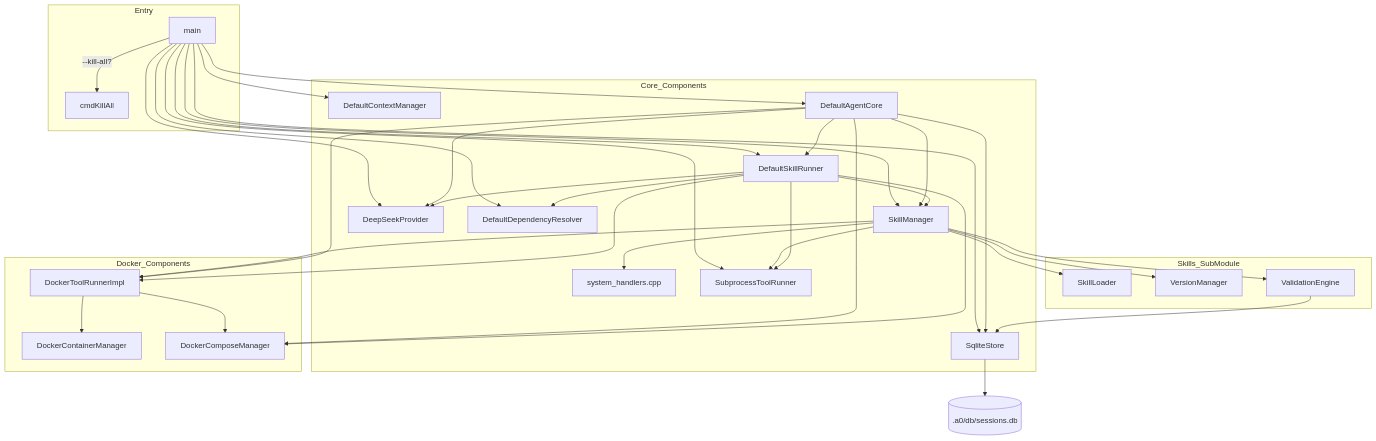
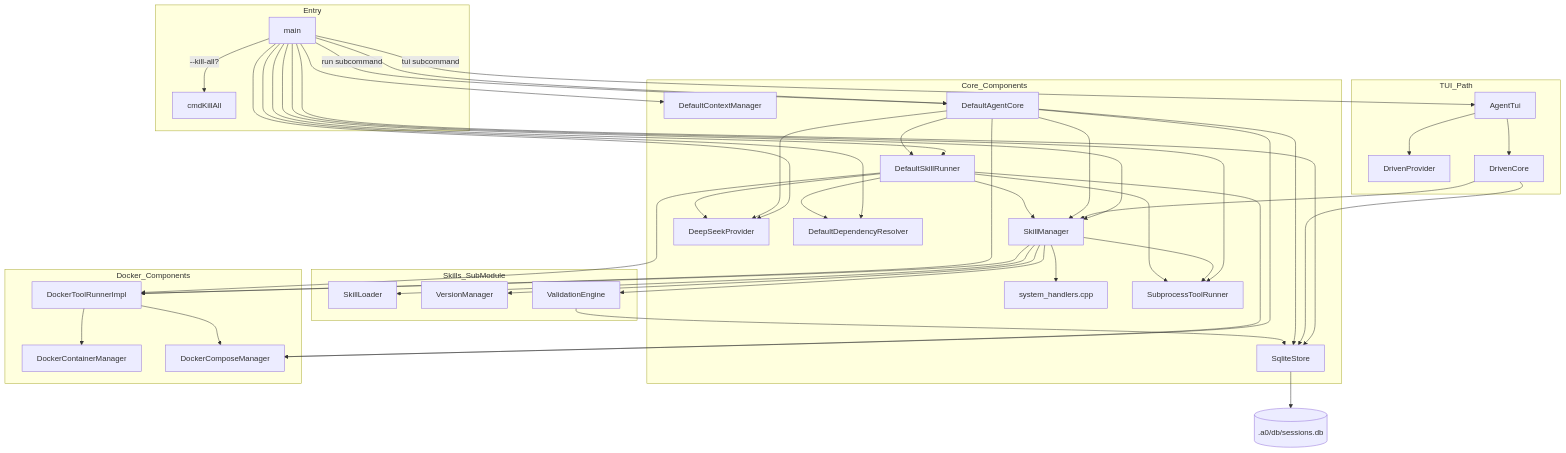
The first of 2 diagrams in src/main.spec.md (opensassi/a0), drawn with Mermaid before and after one commit. The commit also changed other lines of this file and 49 other files, not shown here.

Commit message:
Thread-separated App Core refactoring: add DrivenCore state machine, curl_multi async provider, MPSC channel; refactor AgentTui to remove AgentCore*; update all 43 spec files and 5 technical-specification.md files

````diff
--- a/src/main.spec.md
+++ b/src/main.spec.md
@@ -152,69 +150,82 @@
 ```mermaid
 graph TB
     subgraph Entry
         M[main]
         KA[cmdKillAll]
     end
 
     subgraph Core_Components
         SM[SkillManager]
         HANDLERS[system_handlers.cpp]
         TR[SubprocessToolRunner]
         DP[DeepSeekProvider]
         CM[DefaultContextManager]
         PS[SqliteStore]
         DR[DefaultDependencyResolver]
 
         SR[DefaultSkillRunner]
         CORE[DefaultAgentCore]
     end
 
     subgraph Skills_SubModule
         SL[SkillLoader]
         VM[VersionManager]
         VE[ValidationEngine]
     end
 
     subgraph Docker_Components
         DCM[DockerContainerManager]
         DCoM[DockerComposeManager]
         DTR[DockerToolRunnerImpl]
     end
 
     M --> SM
     M --> TR
     M --> DP
     M --> CM
     M --> PS
     M --> DR
 
     M --> SR
     M --> CORE
+    M -->|run subcommand| CORE
+    M -->|tui subcommand| TUI
     M -->|--kill-all?| KA
+
+    subgraph TUI_Path
+        TUI[AgentTui]
+        TDP[DrivenProvider]
+        TDC[DrivenCore]
+    end
+
+    TUI --> TDP
+    TUI --> TDC
+    TDC --> SM
+    TDC --> PS
 
     SM --> HANDLERS
     SM --> SL
     SM --> VM
     SM --> VE
     SM --> TR
     SM --> DTR
 
     CORE --> SM
     CORE --> SR
     CORE --> DP
     CORE --> PS
     CORE --> DTR
     CORE --> DCoM
 
     SR --> SM
     SR --> TR
     SR --> DTR
     SR --> DCoM
     SR --> DP
     SR --> DR
 
     VE --> PS
     DTR --> DCM
     DTR --> DCoM
     PS --> DB[(.a0/db/sessions.db)]
 ```
````
